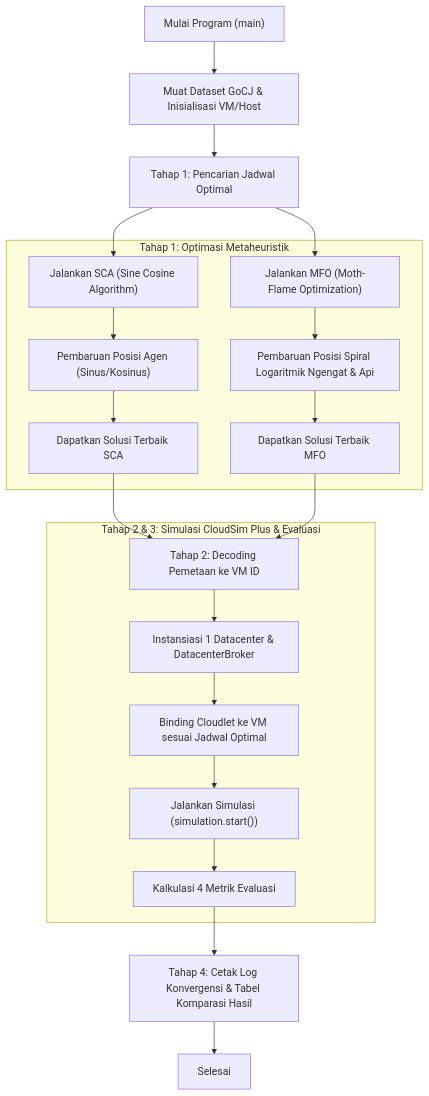
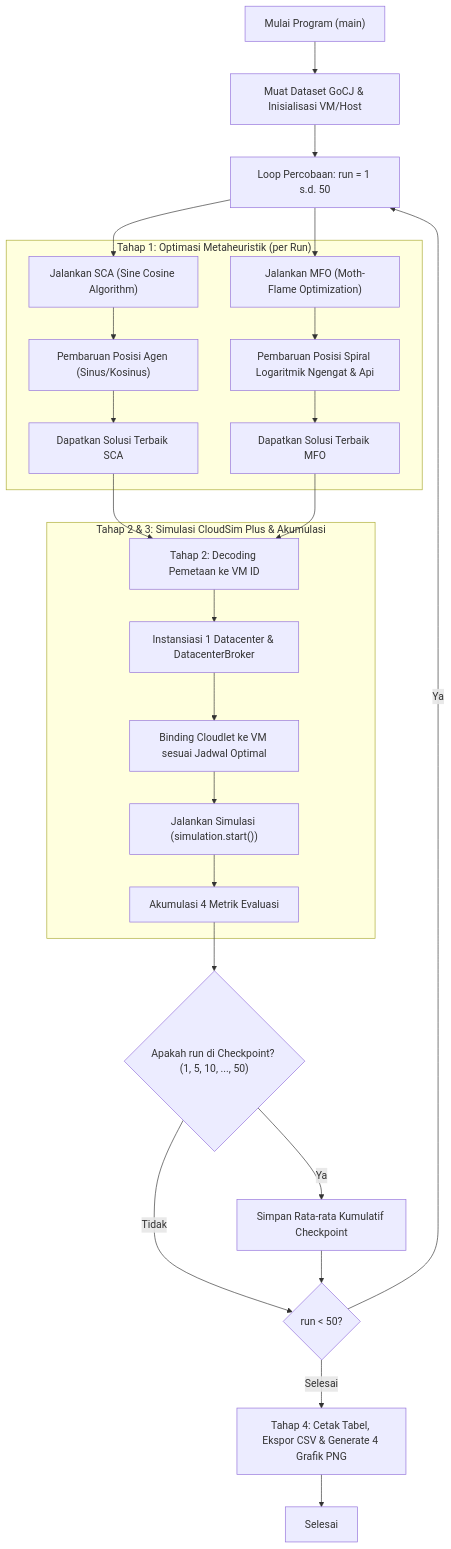
One commit to SakaSinatrya/Metaheuristik-SCA-MFO changed the diagram in README.md. Above: the diagram before and after it, drawn with Mermaid. The commit also changed other lines of this file and 6 other files, not shown here.

Commit message:
revisi justifikasi parameter dan pengulangan run untuk grafik

````diff
--- a/README.md
+++ b/README.md
@@ -74,28 +74,33 @@
 ```mermaid
 flowchart TD
     A["Mulai Program (main)"] --> B["Muat Dataset GoCJ & Inisialisasi VM/Host"]
-    B --> C["Tahap 1: Pencarian Jadwal Optimal"]
+    B --> C["Loop Percobaan: run = 1 s.d. 50"]
     
-    subgraph Optimasi ["Tahap 1: Optimasi Metaheuristik"]
+    subgraph Optimasi ["Tahap 1: Optimasi Metaheuristik (per Run)"]
         C1["Jalankan SCA (Sine Cosine Algorithm)"] --> C2["Pembaruan Posisi Agen (Sinus/Kosinus)"]
         C2 --> C3["Dapatkan Solusi Terbaik SCA"]
         
         D1["Jalankan MFO (Moth-Flame Optimization)"] --> D2["Pembaruan Posisi Spiral Logaritmik Ngengat & Api"]
         D2 --> D3["Dapatkan Solusi Terbaik MFO"]
     end
     
     C --> C1
     C --> D1
     C3 --> E["Tahap 2: Decoding Pemetaan ke VM ID"]
     D3 --> E
     
-    subgraph Simulasi ["Tahap 2 & 3: Simulasi CloudSim Plus & Evaluasi"]
+    subgraph Simulasi ["Tahap 2 & 3: Simulasi CloudSim Plus & Akumulasi"]
         E --> F["Instansiasi 1 Datacenter & DatacenterBroker"]
         F --> G["Binding Cloudlet ke VM sesuai Jadwal Optimal"]
         G --> H["Jalankan Simulasi (simulation.start())"]
-        H --> I["Kalkulasi 4 Metrik Evaluasi"]
+        H --> I["Akumulasi 4 Metrik Evaluasi"]
     end
     
-    I --> J["Tahap 4: Cetak Log Konvergensi & Tabel Komparasi Hasil"]
-    J --> K["Selesai"]
+    I --> J{"Apakah run di Checkpoint? (1, 5, 10, ..., 50)"}
+    J -- Ya --> K["Simpan Rata-rata Kumulatif Checkpoint"]
+    J -- Tidak --> L{"run < 50?"}
+    K --> L
+    L -- Ya --> C
+    L -- Selesai --> M["Tahap 4: Cetak Tabel, Ekspor CSV & Generate 4 Grafik PNG"]
+    M --> N["Selesai"]
 ```
````
